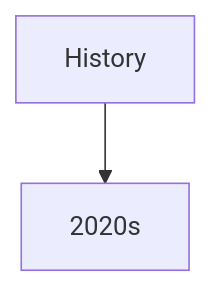
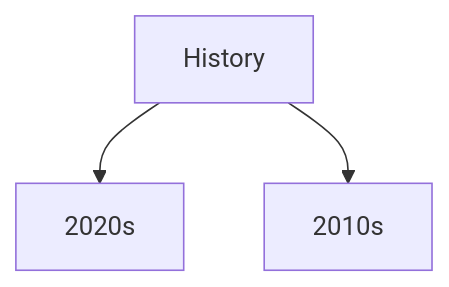
The diagram in README.md (vamsicharanadari/history), drawn with Mermaid before and after one commit.

````diff
--- a/README.md
+++ b/README.md
@@ -3,4 +3,5 @@
 ```mermaid
 flowchart TD
   A[History] --> B[2020s]
+  A[History] --> C[2010s]
 ```
````
